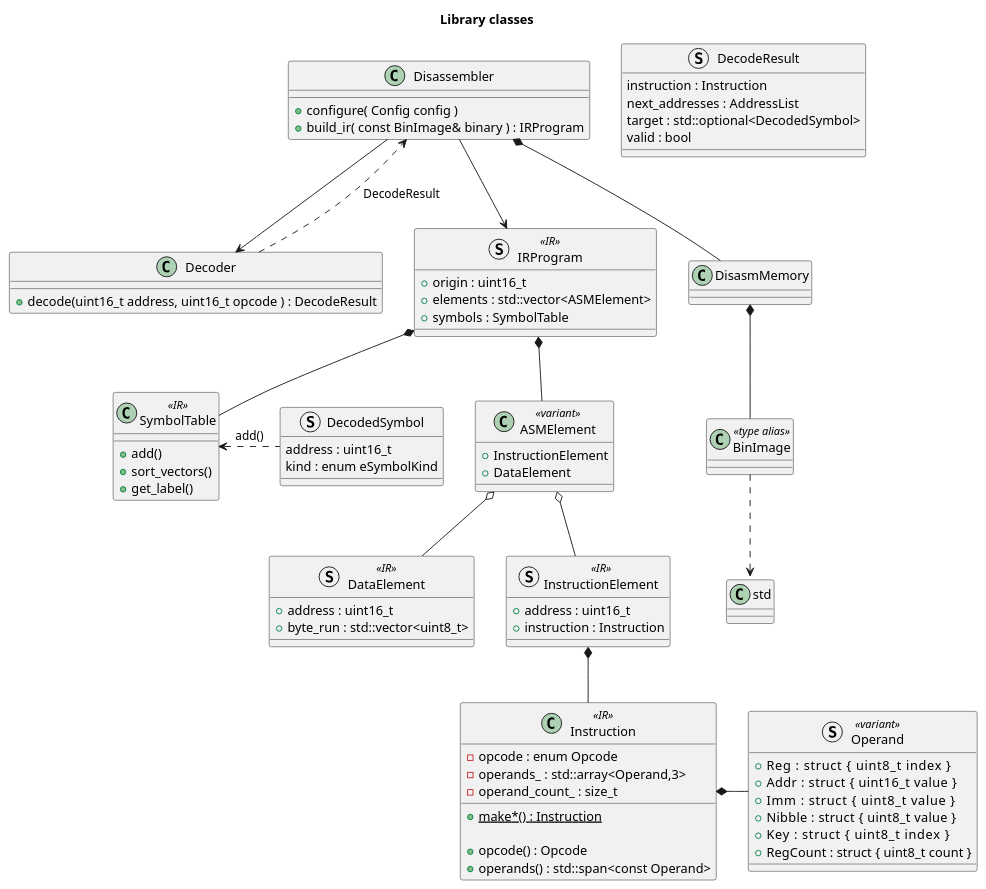
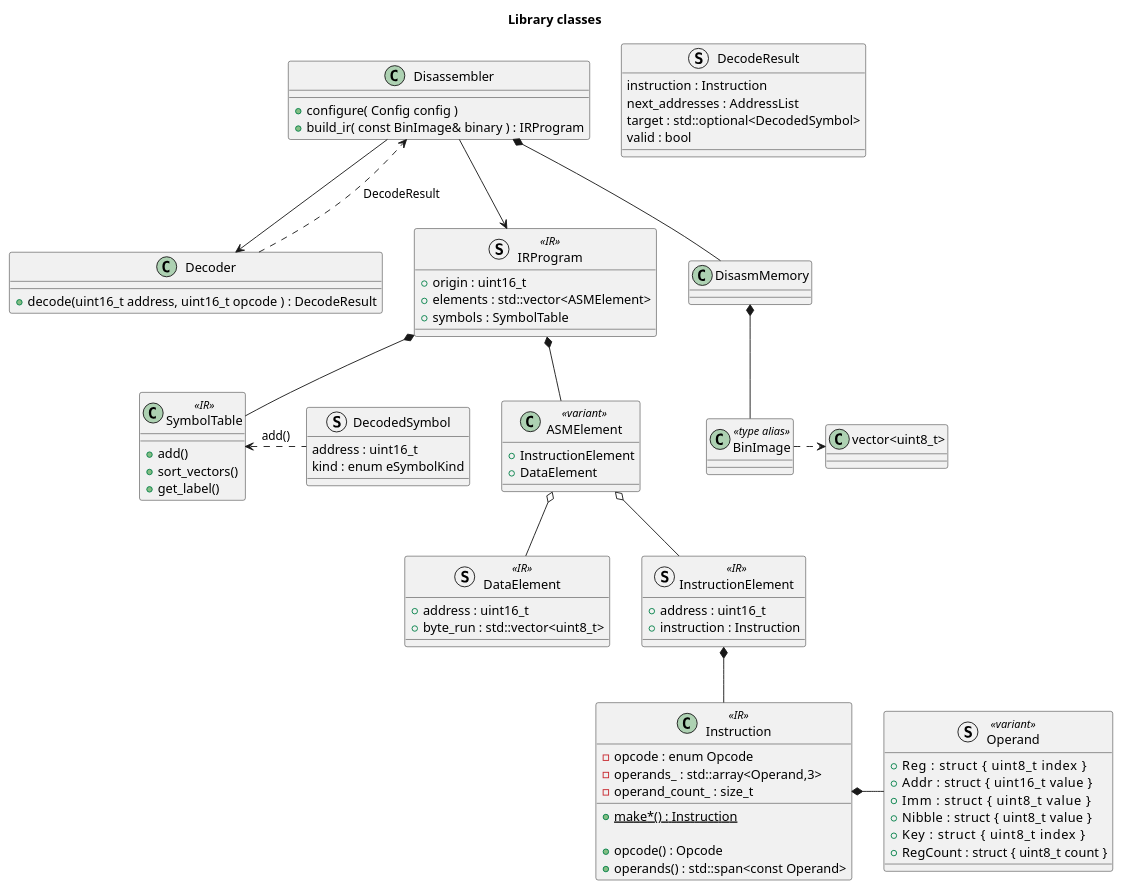
The diagram in chip8ir/doc/library_classes.plantuml (alwinl/chip8), drawn with PlantUML before and after one commit. The commit also changed 2 other files, not shown here.

Commit message:
Created sequence diagrams for the internals of the (dis)assembler

```diff
--- a/chip8ir/doc/library_classes.plantuml
+++ b/chip8ir/doc/library_classes.plantuml
@@ -1,110 +1,110 @@
 @startuml library_classes
 title "Library classes"
 
 struct Operand <<variant>>
 {
 	+Reg      : struct { uint8_t index  }
 	+Addr     : struct { uint16_t value }
 	+Imm      : struct { uint8_t value  }
 	+Nibble   : struct { uint8_t value  }
 	+Key      : struct { uint8_t index  }
 	+RegCount : struct { uint8_t count  }
 }
 
 class Instruction <<IR>>
 {
 	+{static} make*() : Instruction
 
 	+opcode() : Opcode
 	+operands() : std::span<const Operand>
 
 	-opcode : enum Opcode
 	-operands_ : std::array<Operand,3>
 	-operand_count_ : size_t
 }
 
 Instruction *- Operand
 
 struct DataElement <<IR>>
 {
 	+address : uint16_t
 	+byte_run : std::vector<uint8_t>
 }
 
 struct InstructionElement <<IR>>
 {
 	+address : uint16_t
 	+instruction : Instruction
 }
 
 class ASMElement <<variant>>
 {
     +InstructionElement
     +DataElement
 }
 
 struct DecodedSymbol
 {
 	address : uint16_t
 	 kind : enum eSymbolKind
 }
 
 class SymbolTable <<IR>>
 {
 	+add()
 	+sort_vectors()
 	+get_label()
 }
 
 ASMElement o-- DataElement
 ASMElement o-- InstructionElement
 
 InstructionElement *-- Instruction
 
 SymbolTable <. DecodedSymbol : add()
 
 struct IRProgram <<IR>>
 {
     +origin : uint16_t
     +elements : std::vector<ASMElement>
     +symbols : SymbolTable
 }
 
 IRProgram *-- ASMElement
 IRProgram *-- SymbolTable
 
 struct DecodeResult
 {
 	instruction : Instruction
 	next_addresses : AddressList
 	target : std::optional<DecodedSymbol>
 	valid : bool
 }
 
 class Decoder
 {
 	+decode(uint16_t address, uint16_t opcode ) : DecodeResult
 }
 
 ' Decoder <. DecodeResult
 
 class DisasmMemory
 
 class BinImage <<type alias>>
-BinImage ..> "std::vector<uint8_t>"
+BinImage .> "vector<uint8_t>"
 
 class Disassembler
 {
 	+configure( Config config )
 	+build_ir( const BinImage& binary ) : IRProgram
 }
 
 Disassembler *-- DisasmMemory
 Disassembler --> Decoder
 Disassembler --> IRProgram
 
 
 Decoder ..> Disassembler : DecodeResult
 
 DisasmMemory *-- BinImage
 @enduml
```
